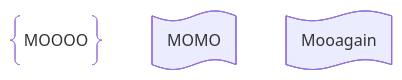
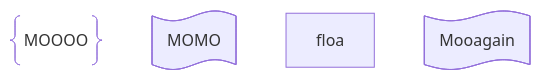
One commit to gerbssusd/dok changed the diagram in slides.md. Above: the diagram before and after it, drawn with Mermaid.

````diff
--- a/slides.md
+++ b/slides.md
@@ -217,9 +217,9 @@
 ```mermaid
 flowchart TD
     A@{ shape: braces, label: "MOOOO" }
     B@{ shape: flag, label: "MOMO"}
-
+floa
     C@{ shape: flag, label: "Mooagain"}
 
 
 ```
````
